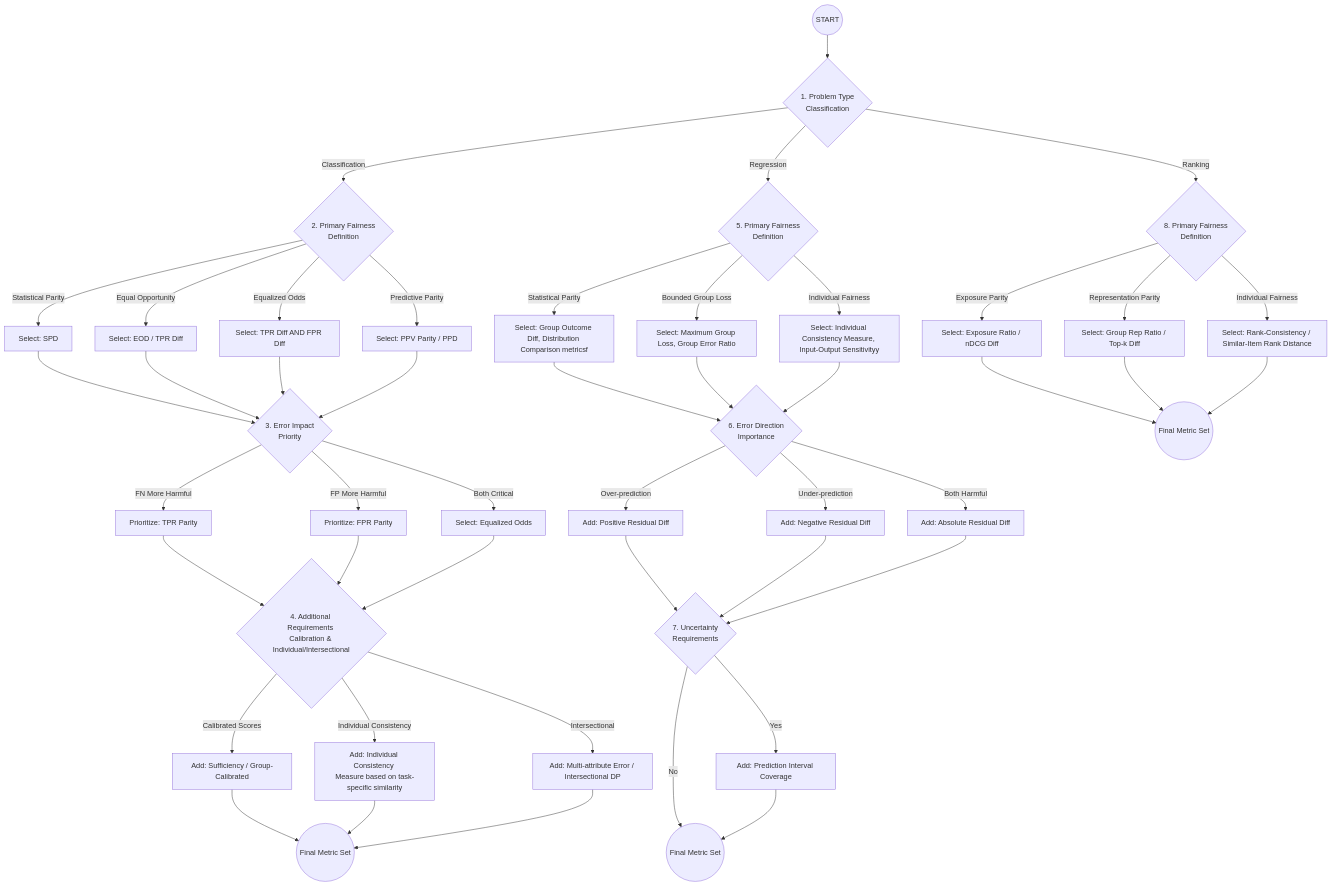
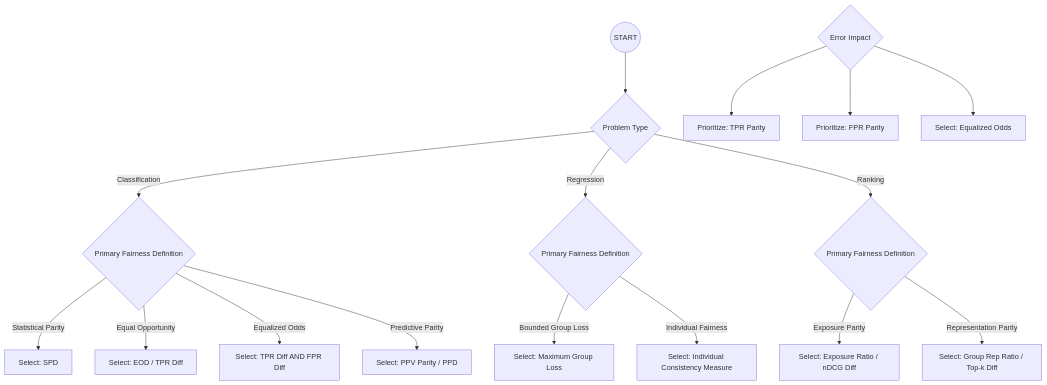
The diagram in components/fairness-metrics.md (Trepolia/AI-Fairness-Audit-Playbook), drawn with Mermaid before and after one commit. The commit also changed other lines of this file and 6 other files, not shown here.

````diff
--- a/components/fairness-metrics.md
+++ b/components/fairness-metrics.md
@@ -23,56 +13,22 @@
 ```mermaid
----
-id: 8680c79a-7c3e-488e-b4c7-9c7eea248030
----
 graph TD
-    %% Step 1: Problem Type
-    Start((START)) --> Q1{1. Problem Type <br/>Classification}
-    
-    Q1 -- Classification --> C2{2. Primary Fairness <br/>Definition}
-    Q1 -- Regression --> R5{5. Primary Fairness <br/>Definition}
-    Q1 -- Ranking --> RK8{8. Primary Fairness <br/>Definition}
+    Start((START)) --> Q1{Problem Type}
+    Q1 -- Classification --> C2{Primary Fairness Definition}
+    Q1 -- Regression --> R5{Primary Fairness Definition}
+    Q1 -- Ranking --> RK8{Primary Fairness Definition}
 
-    %% BRANCH: CLASSIFICATION
     C2 -- Statistical Parity --> SPD[Select: SPD]
     C2 -- Equal Opportunity --> EOD[Select: EOD / TPR Diff]
     C2 -- Equalized Odds --> EODDS[Select: TPR Diff AND FPR Diff]
     C2 -- Predictive Parity --> PPD[Select: PPV Parity / PPD]
-    
-    SPD & EOD & EODDS & PPD --> C3{3. Error Impact <br/>Priority}
-    
-    C3 -- FN More Harmful --> FN[Prioritize: TPR Parity]
-    C3 -- FP More Harmful --> FP[Prioritize: FPR Parity]
-    C3 -- Both Critical --> BC[Select: Equalized Odds]
-    
-    FN & FP & BC --> C4{4. Additional <br/>Requirements <br/>Calibration & Individual/Intersectional}
-    
-    C4 -- Calibrated Scores --> CAL[Add: Sufficiency / Group-Calibrated]
-    C4 -- Individual Consistency --> IND[Add: Individual Consistency <br/>Measure based on task-specific similarity]
-    C4 -- Intersectional --> INT[Add: Multi-attribute Error / Intersectional DP]
-    
-    CAL & IND & INT --> EndC((Final Metric Set))
 
-    %% BRANCH: REGRESSION
-    R5 -- Statistical Parity --> RSPD[Select: Group Outcome Diff, Distribution Comparison metricsf]
-    R5 -- Bounded Group Loss --> BGL[Select: Maximum Group Loss, Group Error Ratio]
-    R5 -- Individual Fairness --> RIND[Select: Individual Consistency Measure, Input-Output Sensitivityy]
-    
-    RSPD & BGL & RIND --> R6{6. Error Direction <br/>Importance}
-    
-    R6 -- Over-prediction --> OP[Add: Positive Residual Diff]
-    R6 -- Under-prediction --> UP[Add: Negative Residual Diff]
-    R6 -- Both Harmful --> BH[Add: Absolute Residual Diff]
-    
-    OP & UP & BH --> R7{7. Uncertainty <br/>Requirements}
-    
-    R7 -- Yes --> UNC[Add: Prediction Interval Coverage]
-    R7 -- No --> EndR((Final Metric Set))
-    UNC --> EndR
+    C3{Error Impact} --> FN[Prioritize: TPR Parity]
+    C3 --> FP[Prioritize: FPR Parity]
+    C3 --> BC[Select: Equalized Odds]
 
-    %% BRANCH: RANKING
+    R5 -- Bounded Group Loss --> BGL[Select: Maximum Group Loss]
+    R5 -- Individual Fairness --> RIND[Select: Individual Consistency Measure]
+
     RK8 -- Exposure Parity --> EXP[Select: Exposure Ratio / nDCG Diff]
     RK8 -- Representation Parity --> REP[Select: Group Rep Ratio / Top-k Diff]
-    RK8 -- Individual Fairness --> RKIND[Select: Rank-Consistency / Similar-Item Rank Distance]
-    
-    EXP & REP & RKIND --> EndRK((Final Metric Set))
 ```
````
